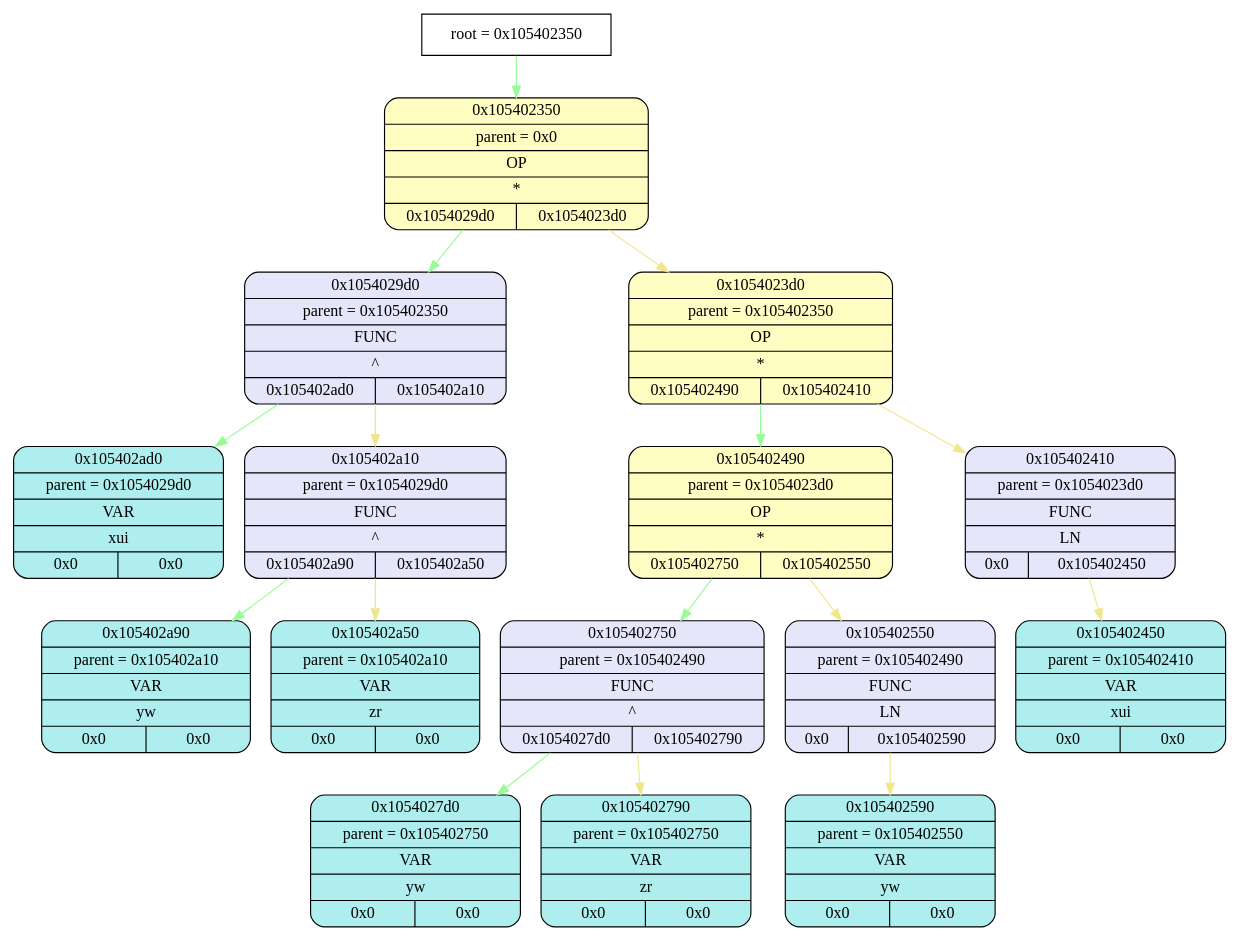
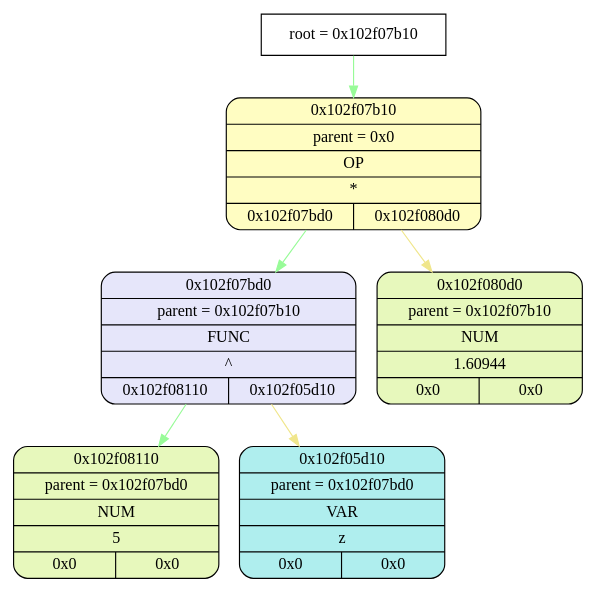
One commit to esgalimov/differentiator changed the diagram in tmp/graphviz.dot. Above: the diagram before and after it, drawn with Graphviz. The commit also changed 16 other files, not shown here.

```diff
--- a/tmp/graphviz.dot
+++ b/tmp/graphviz.dot
@@ -1,50 +1,20 @@
 digraph
 {
-    node_info[shape = record, label = "{root = 0x105402350}"];
+    node_info[shape = record, label = "{root = 0x102f07b10}"];
 
-    node_info->node_0x105402350 [color = "#98FB98"];
-    node_0x105402350[shape = Mrecord, label = "{{0x105402350} | {parent =  0x0} | {OP} | {*} | {0x1054029d0 | 0x1054023d0}}",
+    node_info->node_0x102f07b10 [color = "#98FB98"];
+    node_0x102f07b10[shape = Mrecord, label = "{{0x102f07b10} | {parent =  0x0} | {OP} | {*} | {0x102f07bd0 | 0x102f080d0}}",
                 style="filled", fillcolor="#FFFDC2"];
-    node_0x1054029d0[shape = Mrecord, label = "{{0x1054029d0} | {parent =  0x105402350} | {FUNC} | {^} | {0x105402ad0 | 0x105402a10}}",
+    node_0x102f07bd0[shape = Mrecord, label = "{{0x102f07bd0} | {parent =  0x102f07b10} | {FUNC} | {^} | {0x102f08110 | 0x102f05d10}}",
                 style="filled", fillcolor="#E6E6FA"];
-    node_0x105402ad0[shape = Mrecord, label = "{{0x105402ad0} | {parent =  0x1054029d0} | {VAR} | {xui} | {0x0 | 0x0}}",
+    node_0x102f08110[shape = Mrecord, label = "{{0x102f08110} | {parent =  0x102f07bd0} | {NUM} | {5} | {0x0 | 0x0}}",
+                style="filled", fillcolor="#E7F8BC"];
+    node_0x102f05d10[shape = Mrecord, label = "{{0x102f05d10} | {parent =  0x102f07bd0} | {VAR} | {z} | {0x0 | 0x0}}",
                     style="filled", fillcolor="#AFEEEE"];
-    node_0x105402a10[shape = Mrecord, label = "{{0x105402a10} | {parent =  0x1054029d0} | {FUNC} | {^} | {0x105402a90 | 0x105402a50}}",
-                style="filled", fillcolor="#E6E6FA"];
-    node_0x105402a90[shape = Mrecord, label = "{{0x105402a90} | {parent =  0x105402a10} | {VAR} | {yw} | {0x0 | 0x0}}",
-                    style="filled", fillcolor="#AFEEEE"];
-    node_0x105402a50[shape = Mrecord, label = "{{0x105402a50} | {parent =  0x105402a10} | {VAR} | {zr} | {0x0 | 0x0}}",
-                    style="filled", fillcolor="#AFEEEE"];
-    node_0x1054023d0[shape = Mrecord, label = "{{0x1054023d0} | {parent =  0x105402350} | {OP} | {*} | {0x105402490 | 0x105402410}}",
-                style="filled", fillcolor="#FFFDC2"];
-    node_0x105402490[shape = Mrecord, label = "{{0x105402490} | {parent =  0x1054023d0} | {OP} | {*} | {0x105402750 | 0x105402550}}",
-                style="filled", fillcolor="#FFFDC2"];
-    node_0x105402750[shape = Mrecord, label = "{{0x105402750} | {parent =  0x105402490} | {FUNC} | {^} | {0x1054027d0 | 0x105402790}}",
-                style="filled", fillcolor="#E6E6FA"];
-    node_0x1054027d0[shape = Mrecord, label = "{{0x1054027d0} | {parent =  0x105402750} | {VAR} | {yw} | {0x0 | 0x0}}",
-                    style="filled", fillcolor="#AFEEEE"];
-    node_0x105402790[shape = Mrecord, label = "{{0x105402790} | {parent =  0x105402750} | {VAR} | {zr} | {0x0 | 0x0}}",
-                    style="filled", fillcolor="#AFEEEE"];
-    node_0x105402550[shape = Mrecord, label = "{{0x105402550} | {parent =  0x105402490} | {FUNC} | {LN} | {0x0 | 0x105402590}}",
-                style="filled", fillcolor="#E6E6FA"];
-    node_0x105402590[shape = Mrecord, label = "{{0x105402590} | {parent =  0x105402550} | {VAR} | {yw} | {0x0 | 0x0}}",
-                    style="filled", fillcolor="#AFEEEE"];
-    node_0x105402410[shape = Mrecord, label = "{{0x105402410} | {parent =  0x1054023d0} | {FUNC} | {LN} | {0x0 | 0x105402450}}",
-                style="filled", fillcolor="#E6E6FA"];
-    node_0x105402450[shape = Mrecord, label = "{{0x105402450} | {parent =  0x105402410} | {VAR} | {xui} | {0x0 | 0x0}}",
-                    style="filled", fillcolor="#AFEEEE"];
-    node_0x105402350->node_0x1054029d0 [color = "#98FB98"];
-    node_0x1054029d0->node_0x105402ad0 [color = "#98FB98"];
-    node_0x1054029d0->node_0x105402a10 [color = "#F0E68C"];
-    node_0x105402a10->node_0x105402a90 [color = "#98FB98"];
-    node_0x105402a10->node_0x105402a50 [color = "#F0E68C"];
-    node_0x105402350->node_0x1054023d0 [color = "#F0E68C"];
-    node_0x1054023d0->node_0x105402490 [color = "#98FB98"];
-    node_0x105402490->node_0x105402750 [color = "#98FB98"];
-    node_0x105402750->node_0x1054027d0 [color = "#98FB98"];
-    node_0x105402750->node_0x105402790 [color = "#F0E68C"];
-    node_0x105402490->node_0x105402550 [color = "#F0E68C"];
-    node_0x105402550->node_0x105402590 [color = "#F0E68C"];
-    node_0x1054023d0->node_0x105402410 [color = "#F0E68C"];
-    node_0x105402410->node_0x105402450 [color = "#F0E68C"];
+    node_0x102f080d0[shape = Mrecord, label = "{{0x102f080d0} | {parent =  0x102f07b10} | {NUM} | {1.60944} | {0x0 | 0x0}}",
+                style="filled", fillcolor="#E7F8BC"];
+    node_0x102f07b10->node_0x102f07bd0 [color = "#98FB98"];
+    node_0x102f07bd0->node_0x102f08110 [color = "#98FB98"];
+    node_0x102f07bd0->node_0x102f05d10 [color = "#F0E68C"];
+    node_0x102f07b10->node_0x102f080d0 [color = "#F0E68C"];
 }
```
